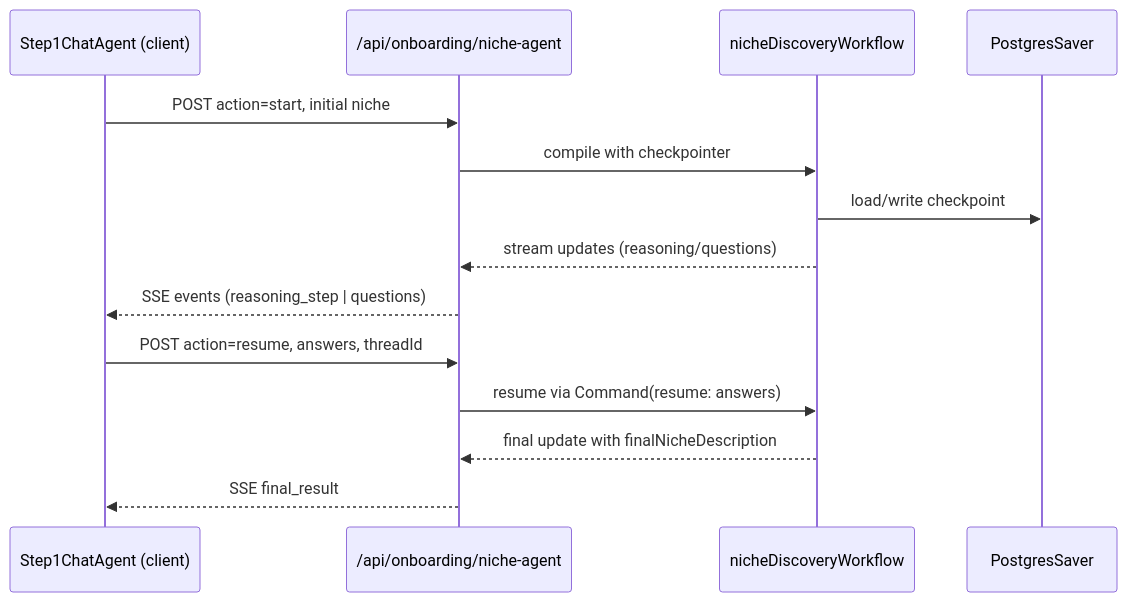
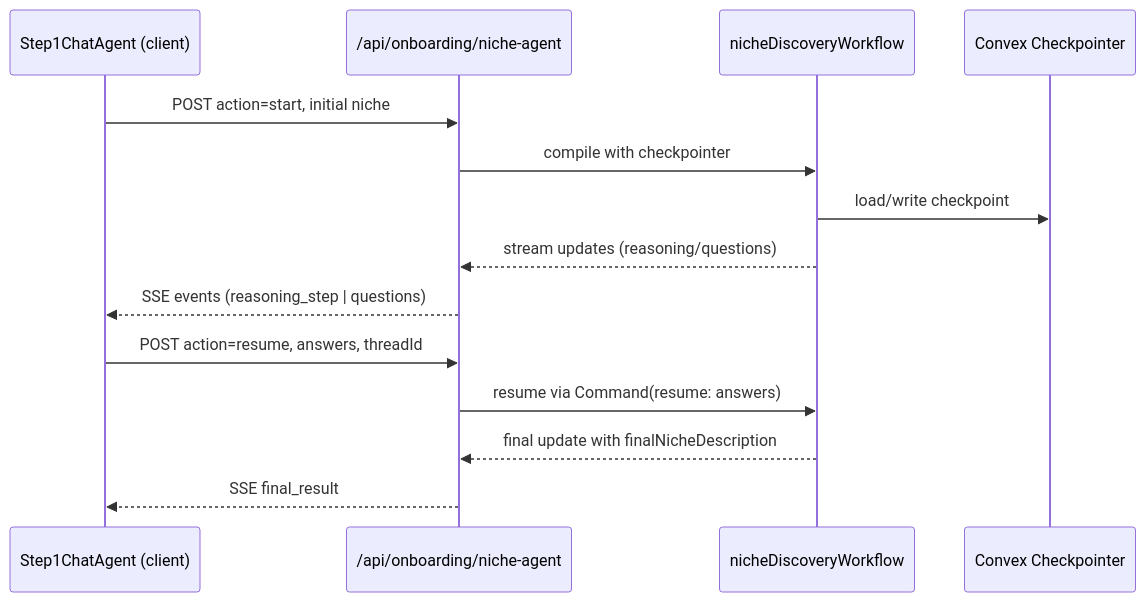
Before and after one commit to fortune710/deft-ai: the second of 2 diagrams in docs/onboarding-niche-agent.md, drawn with Mermaid. The commit also changed other lines of this file and 4 other files, not shown here.

````diff
--- a/docs/onboarding-niche-agent.md
+++ b/docs/onboarding-niche-agent.md
@@ -56,17 +56,17 @@
 ```mermaid
 sequenceDiagram
     participant UI as Step1ChatAgent (client)
     participant API as /api/onboarding/niche-agent
     participant Graph as nicheDiscoveryWorkflow
-    participant PG as PostgresSaver
+    participant DB as Convex Checkpointer
 
     UI->>API: POST action=start, initial niche
     API->>Graph: compile with checkpointer
-    Graph->>PG: load/write checkpoint
+    Graph->>DB: load/write checkpoint
     Graph-->>API: stream updates (reasoning/questions)
     API-->>UI: SSE events (reasoning_step | questions)
     UI->>API: POST action=resume, answers, threadId
     API->>Graph: resume via Command(resume: answers)
     Graph-->>API: final update with finalNicheDescription
     API-->>UI: SSE final_result
 ```
````
